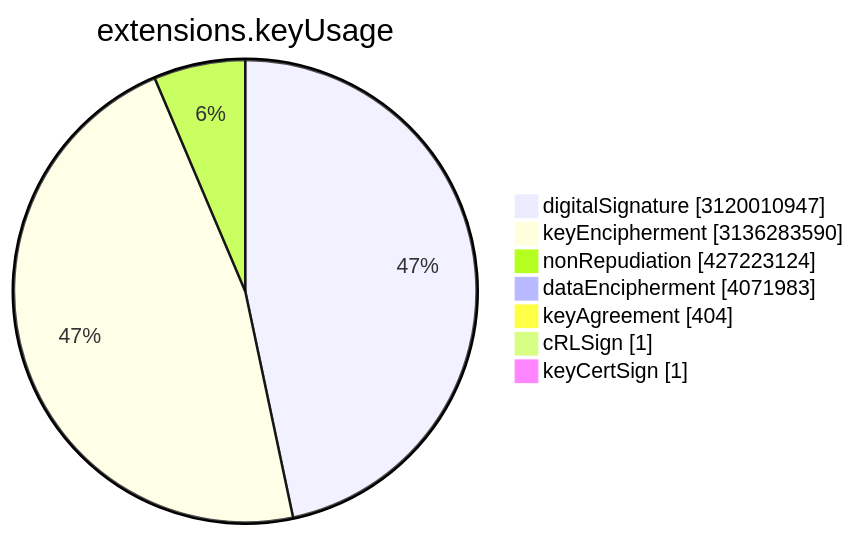
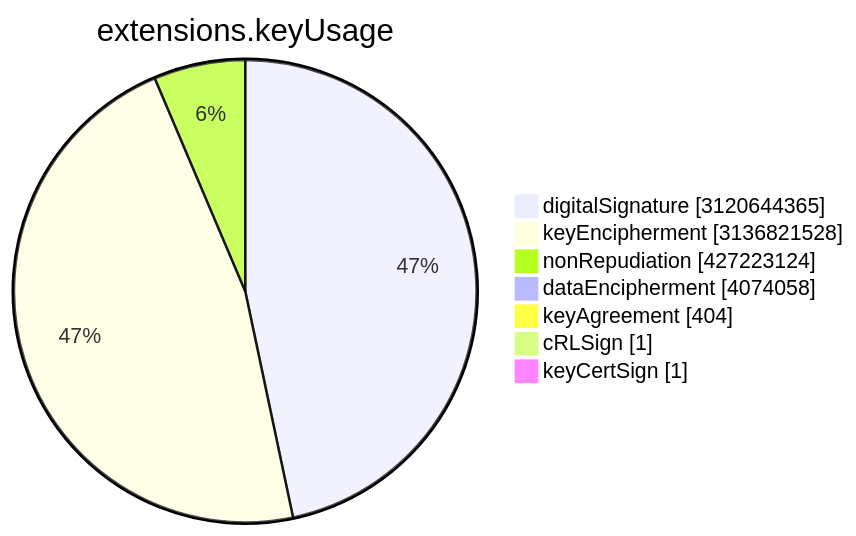
One commit to christiankrug/ctmonitor_visualization changed the sixth of 15 diagrams in TOTAL/README.md. Above: the diagram before and after it, drawn with Mermaid. The commit also changed other lines of this file, not shown here.

````diff
--- a/TOTAL/README.md
+++ b/TOTAL/README.md
@@ -3077,11 +3077,11 @@
 ```mermaid
 pie showData
 title extensions.keyUsage
-"digitalSignature" :3120010947
-"keyEncipherment" :3136283590
+"digitalSignature" :3120644365
+"keyEncipherment" :3136821528
 "nonRepudiation" :427223124
-"dataEncipherment" :4071983
+"dataEncipherment" :4074058
 "keyAgreement" :404
 "cRLSign" :1
 "keyCertSign" :1
 ```
````
